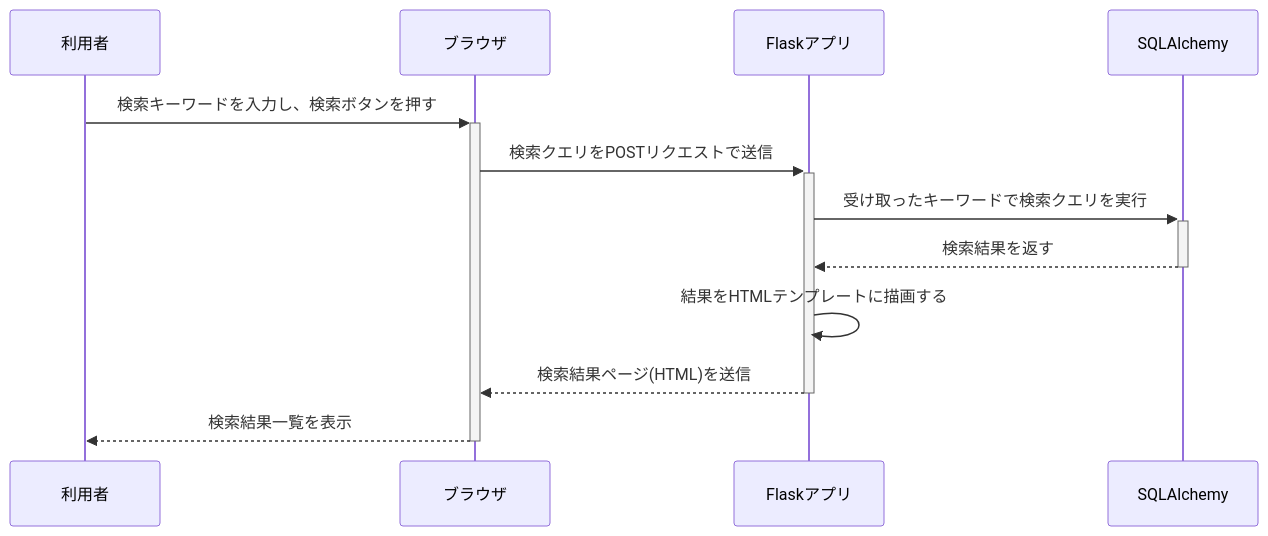
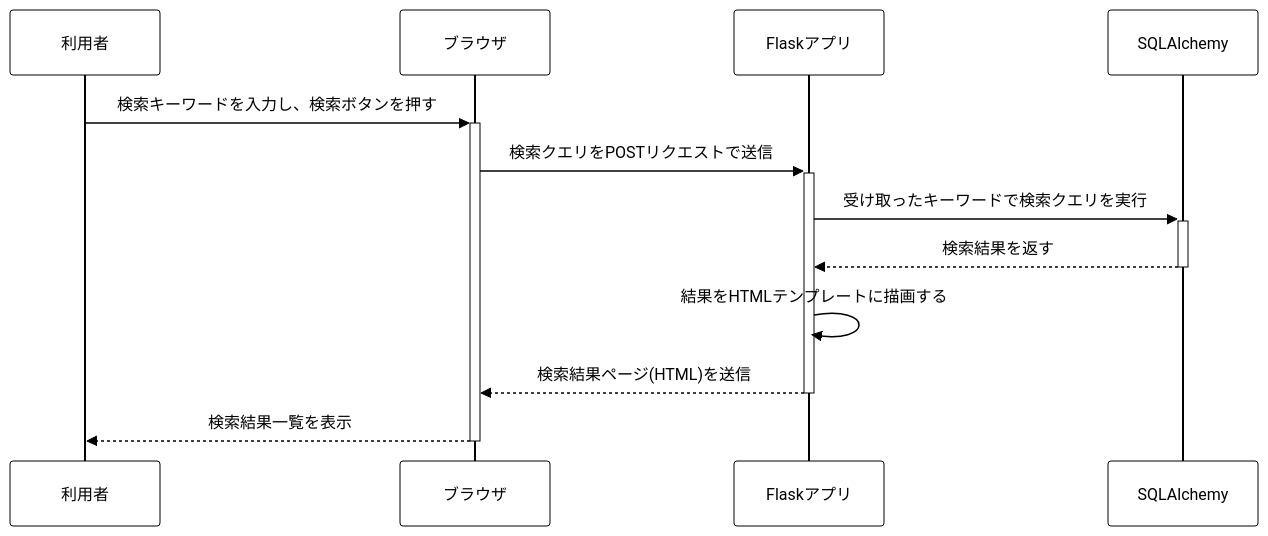
The second of 2 diagrams in docs/transition.md (yoriyuki-fukui/aozora-search), drawn with Mermaid before and after one commit. The commit also changed other lines of this file, not shown here.

Commit message:
monochrome marmaid

````diff
--- a/docs/transition.md
+++ b/docs/transition.md
@@ -21,16 +38,34 @@
 ```Mermaid
-
+%%{init: {
+  'theme': 'base',
+  'themeVariables': {
+    'actorBkg': '#ffffff',
+    'actorBorder': '#000000',
+    'actorTextColor': '#000000',
+    'signalColor': '#000000',
+    'signalTextColor': '#000000',
+    'labelBoxBkgColor': '#ffffff',
+    'labelBoxBorderColor': '#000000',
+    'noteBkgColor': '#ffffff',
+    'noteBorderColor': '#000000',
+    'loopTextColor': '#000000',
+    'activationBorderColor': '#000000',
+    'activationBkgColor': '#ffffff',
+    'sequenceNumberColor': '#000000',
+    'mainBkg': '#ffffff'
+  }
+}}%%
 sequenceDiagram
     participant 利用者
     participant ブラウザ as ブラウザ
     participant サーバー as Flaskアプリ
     participant データベース as SQLAlchemy
 
     利用者->>+ブラウザ: 検索キーワードを入力し、検索ボタンを押す
     ブラウザ->>+サーバー: 検索クエリをPOSTリクエストで送信
     サーバー->>+データベース: 受け取ったキーワードで検索クエリを実行
     データベース-->>-サーバー: 検索結果を返す
     サーバー->>サーバー: 結果をHTMLテンプレートに描画する
     サーバー-->>-ブラウザ: 検索結果ページ(HTML)を送信
     ブラウザ-->>-利用者: 検索結果一覧を表示
 ```
````
